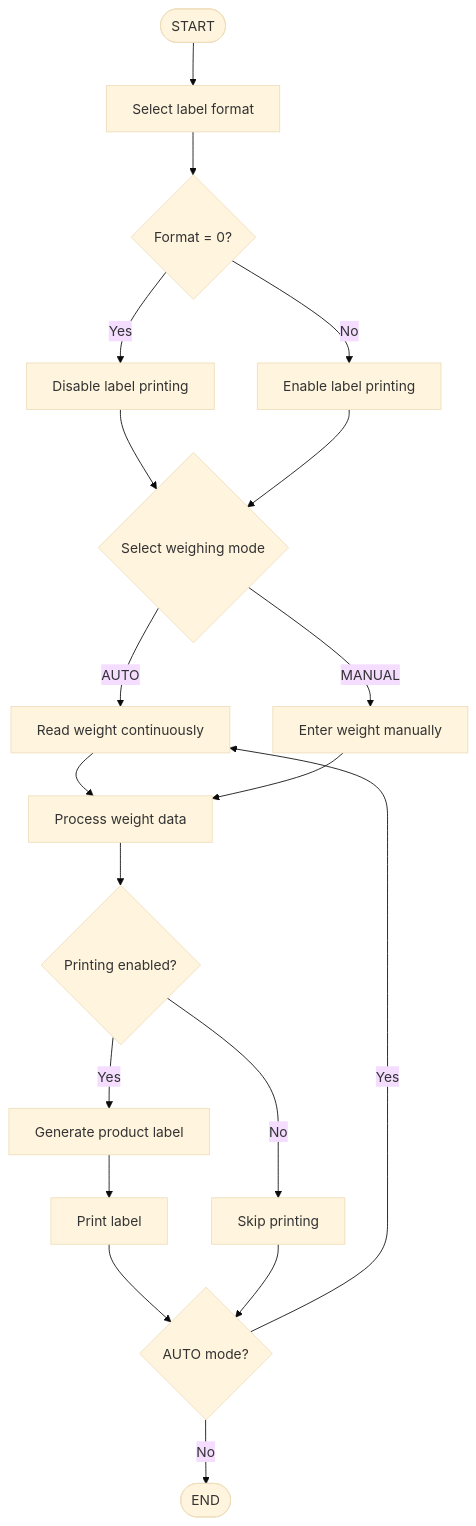
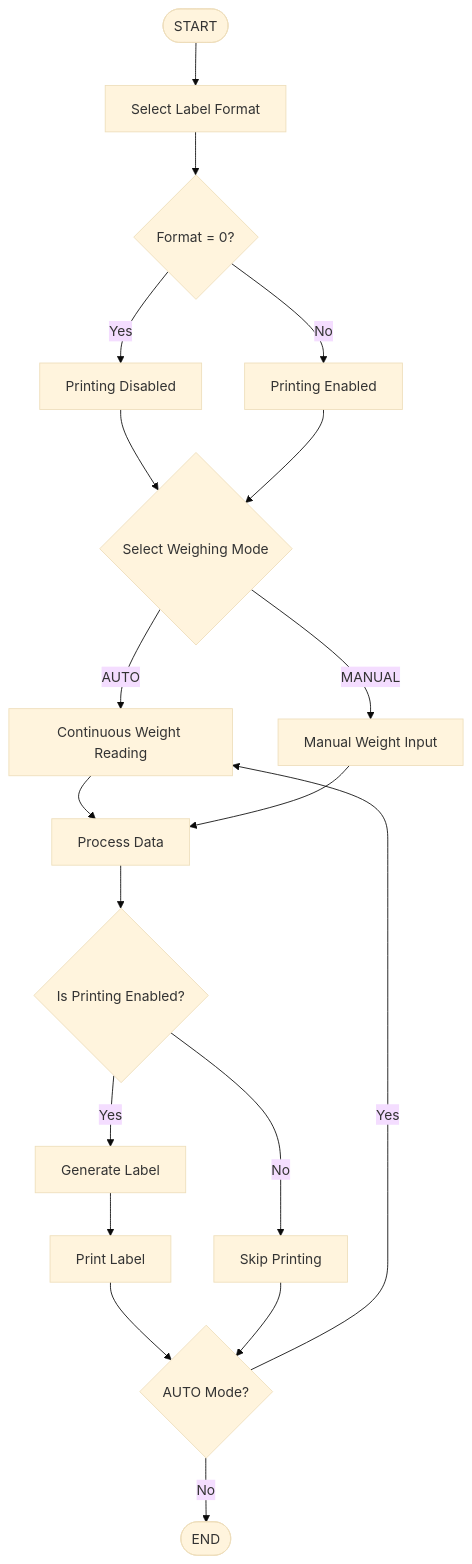
Before and after one commit to BudynRadzik/LabelingConsoleApp: the diagram in README.md, drawn with Mermaid (base theme). The commit also changed other lines of this file, not shown here.

````diff
--- a/README.md
+++ b/README.md
@@ -144,21 +148,21 @@
 ```mermaid
 flowchart TD
-    A([START]) --> B[Select label format]
+    A([START]) --> B[Select Label Format]
     B --> C{Format = 0?}
-    C -->|Yes| D[Disable label printing]
-    C -->|No| E[Enable label printing]
-    D --> F{Select weighing mode}
+    C -->|Yes| D[Printing Disabled]
+    C -->|No| E[Printing Enabled]
+    D --> F{Select Weighing Mode}
     E --> F
-    F -->|AUTO| G[Read weight continuously]
-    F -->|MANUAL| H[Enter weight manually]
-    G --> I[Process weight data]
+    F -->|AUTO| G[Continuous Weight Reading]
+    F -->|MANUAL| H[Manual Weight Input]
+    G --> I[Process Data]
     H --> I
-    I --> J{Printing enabled?}
-    J -->|Yes| K[Generate product label]
-    K --> L[Print label]
-    J -->|No| M[Skip printing]
-    L --> N{AUTO mode?}
+    I --> J{Is Printing Enabled?}
+    J -->|Yes| K[Generate Label]
+    K --> L[Print Label]
+    J -->|No| M[Skip Printing]
+    L --> N{AUTO Mode?}
     M --> N
     N -->|Yes| G
     N -->|No| O([END])
 ```
````
